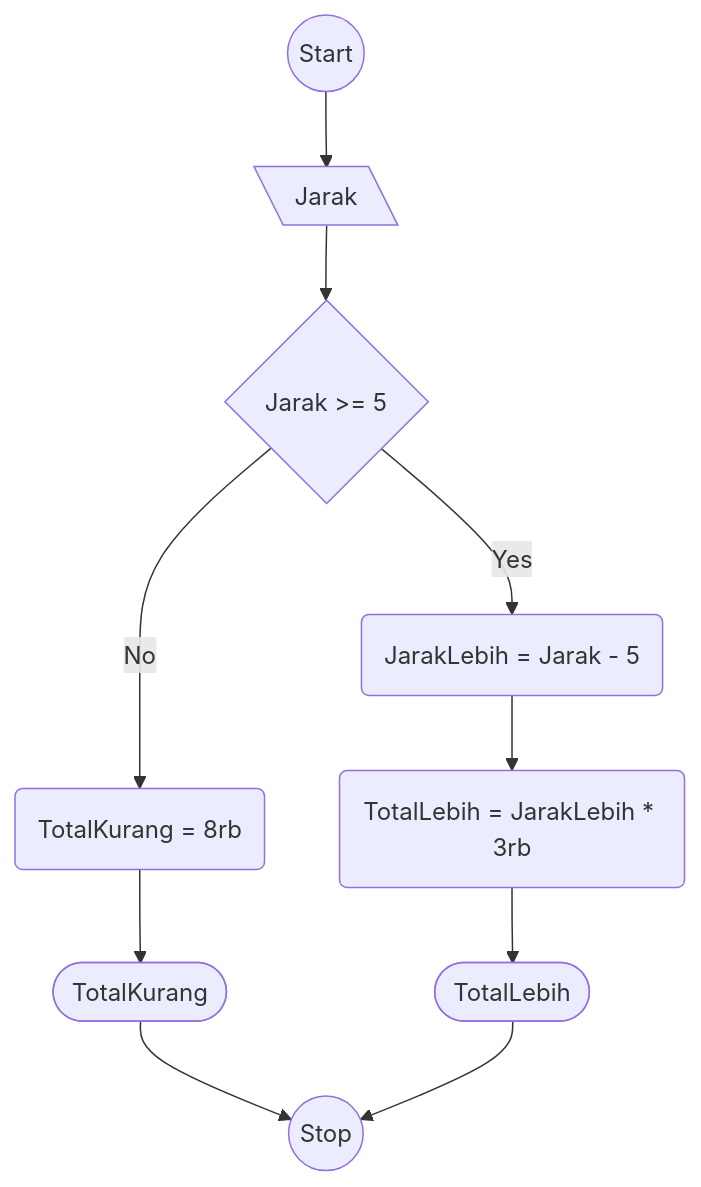
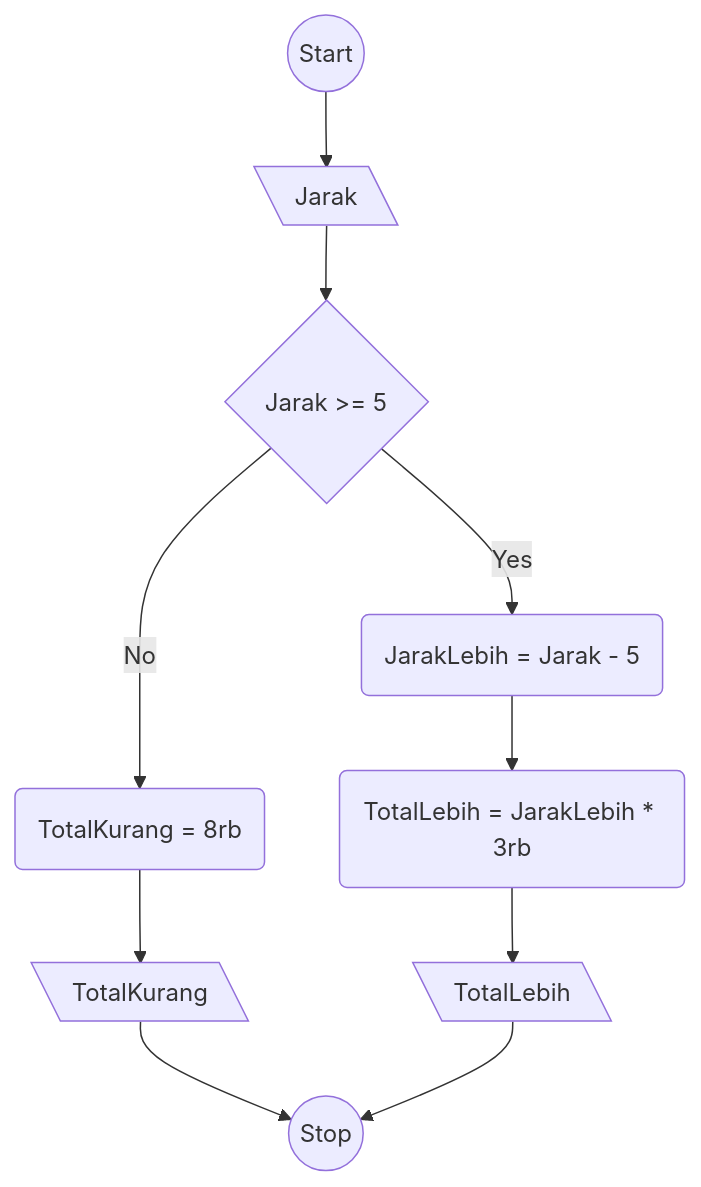
Before and after one commit to ariekas/koda-b4-algoritma: the diagram in MiniTaks8.md, drawn with Mermaid.

````diff
--- a/MiniTaks8.md
+++ b/MiniTaks8.md
@@ -3,22 +3,22 @@
 ```mermaid
 flowchart TD
 Start((Start))
 Input[\Jarak\]
 Decision{Jarak >= 5}
 JarakLebih(JarakLebih = Jarak - 5)
 ProcessLebih(TotalLebih = JarakLebih * 3rb)
 ProcessKurang(TotalKurang = 8rb)
-TerminatorLebih([TotalLebih])
-TerminatorKurang([TotalKurang])
+TerminatorLebih[\TotalLebih\]
+TerminatorKurang[\TotalKurang\]
 Stop((Stop))
 
 Start --> Input
 Input --> Decision
 Decision -- Yes --> JarakLebih
 Decision -- No --> ProcessKurang
 JarakLebih --> ProcessLebih
 ProcessKurang --> TerminatorKurang
 ProcessLebih --> TerminatorLebih
 TerminatorKurang --> Stop
 TerminatorLebih --> Stop
 ```
````
